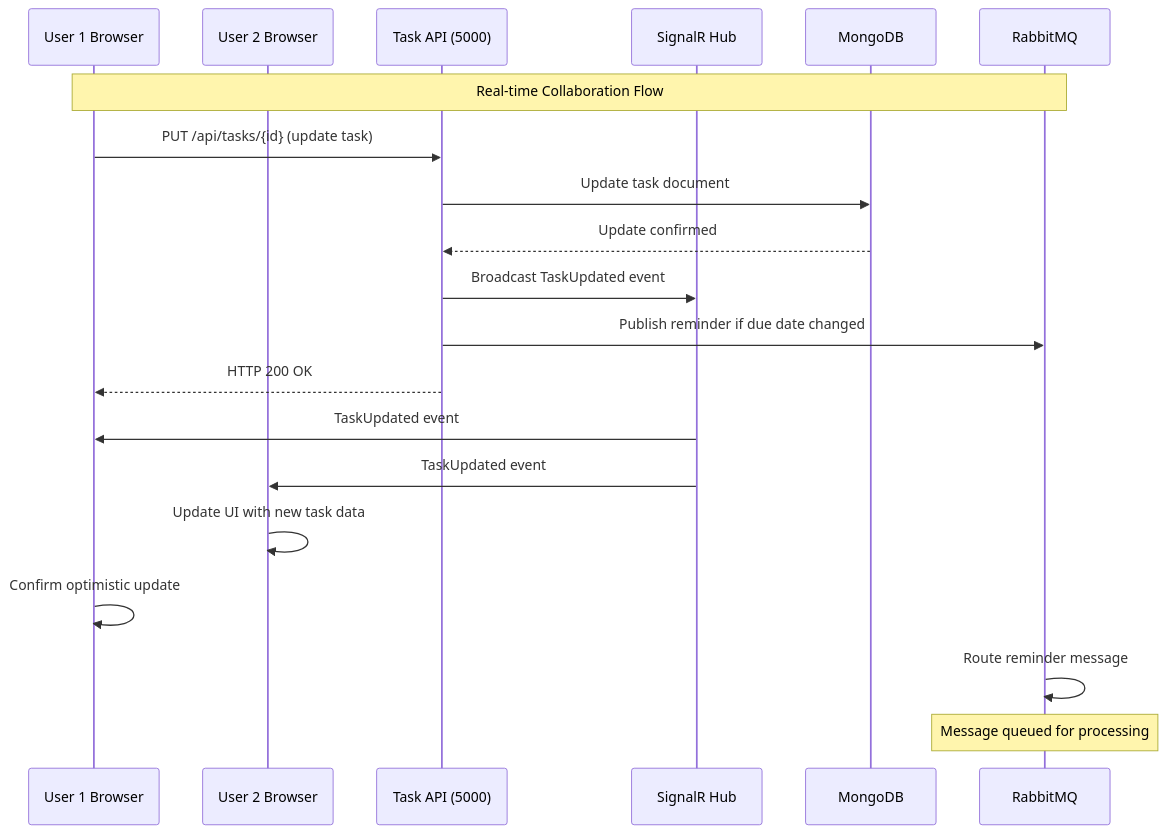
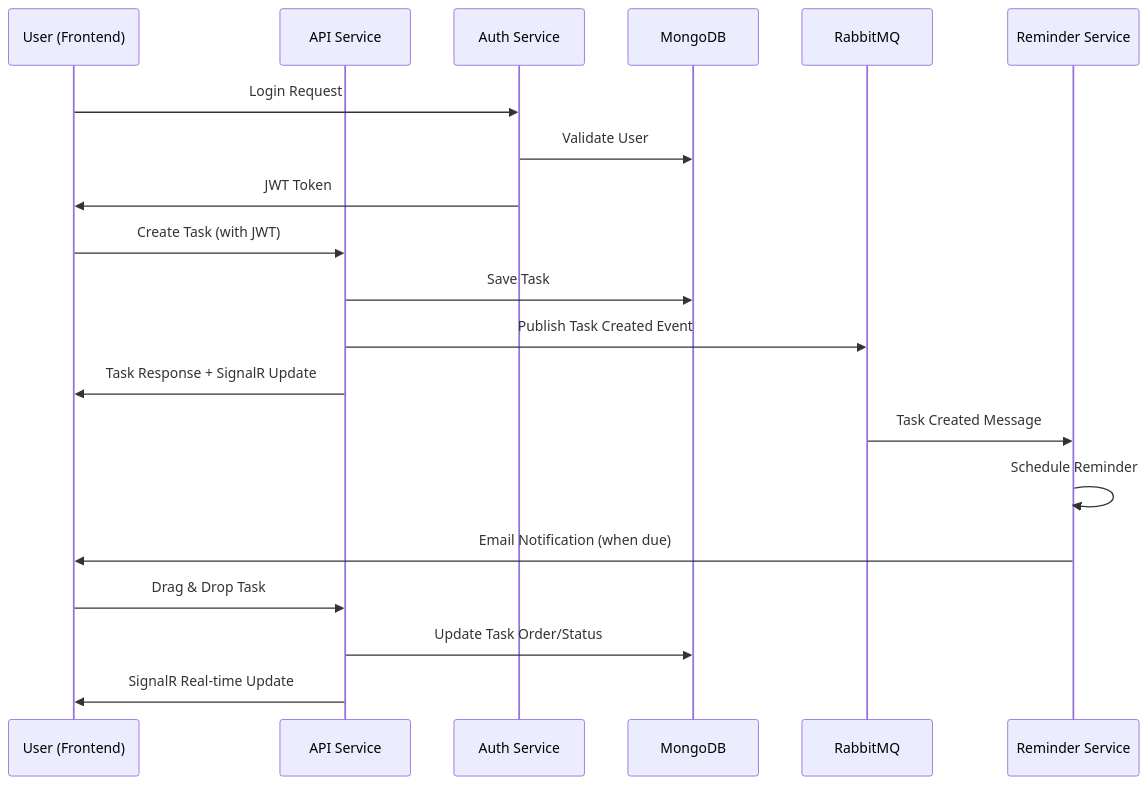
One commit to MegoCs/Task-Management changed the diagram in README.md. Above: the diagram before and after it, drawn with Mermaid. The commit also changed other lines of this file, not shown here.

````diff
--- a/README.md
+++ b/README.md
@@ -1075,27 +115,26 @@
 ```mermaid
 sequenceDiagram
-    participant User1 as User 1 Browser
-    participant User2 as User 2 Browser
-    participant API as Task API (5000)
-    participant Hub as SignalR Hub
-    participant DB as MongoDB
-    participant Queue as RabbitMQ
-
-    Note over User1, Queue: Real-time Collaboration Flow
+    participant U as User (Frontend)
+    participant A as API Service
+    participant Auth as Auth Service
+    participant M as MongoDB
+    participant R as RabbitMQ
+    participant RS as Reminder Service
     
-    User1->>API: PUT /api/tasks/{id} (update task)
-    API->>DB: Update task document
-    DB-->>API: Update confirmed
-    API->>Hub: Broadcast TaskUpdated event
-    API->>Queue: Publish reminder if due date changed
-    API-->>User1: HTTP 200 OK
+    U->>Auth: Login Request
+    Auth->>M: Validate User
+    Auth->>U: JWT Token
     
-    Hub->>User1: TaskUpdated event
-    Hub->>User2: TaskUpdated event
+    U->>A: Create Task (with JWT)
+    A->>M: Save Task
+    A->>R: Publish Task Created Event
+    A->>U: Task Response + SignalR Update
     
-    User2->>User2: Update UI with new task data
-    User1->>User1: Confirm optimistic update
+    R->>RS: Task Created Message
+    RS->>RS: Schedule Reminder
+    RS->>U: Email Notification (when due)
     
-    Queue->>Queue: Route reminder message
-    Note over Queue: Message queued for processing
+    U->>A: Drag & Drop Task
+    A->>M: Update Task Order/Status
+    A->>U: SignalR Real-time Update
 ```
````
